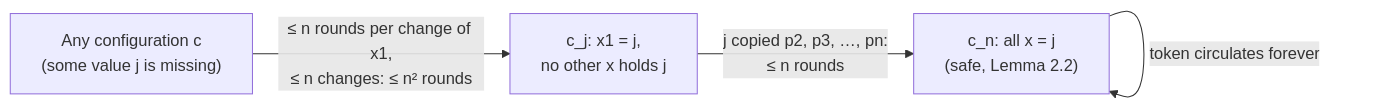
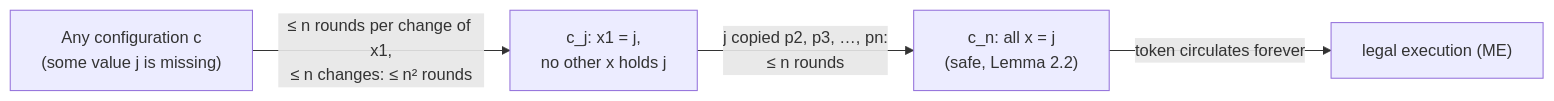
One commit to FahimMashroor/Chalmers_CSC changed the ninth of 11 diagrams in EDA387-Computer-Networks/08-Dijkstra-Algorithm.md. Above: the diagram before and after it, drawn with Mermaid. The commit also changed other lines of this file, not shown here.

Commit message:
Rewrite 08 Dijkstra Algorithm in simple language with examples and diagrams

````diff
--- a/EDA387-Computer-Networks/08-Dijkstra-Algorithm.md
+++ b/EDA387-Computer-Networks/08-Dijkstra-Algorithm.md
@@ -251,6 +364,6 @@
 ```mermaid
 flowchart LR
     A["Any configuration c<br/>(some value j is missing)"] -- "≤ n rounds per change of x1,<br/>≤ n changes: ≤ n² rounds" --> B["c_j: x1 = j,<br/>no other x holds j"]
     B -- "j copied p2, p3, …, pn:<br/>≤ n rounds" --> C["c_n: all x = j<br/>(safe, Lemma 2.2)"]
-    C -- "token circulates forever" --> C
+    C -- "token circulates forever" --> D["legal execution (ME)"]
 ```
````
